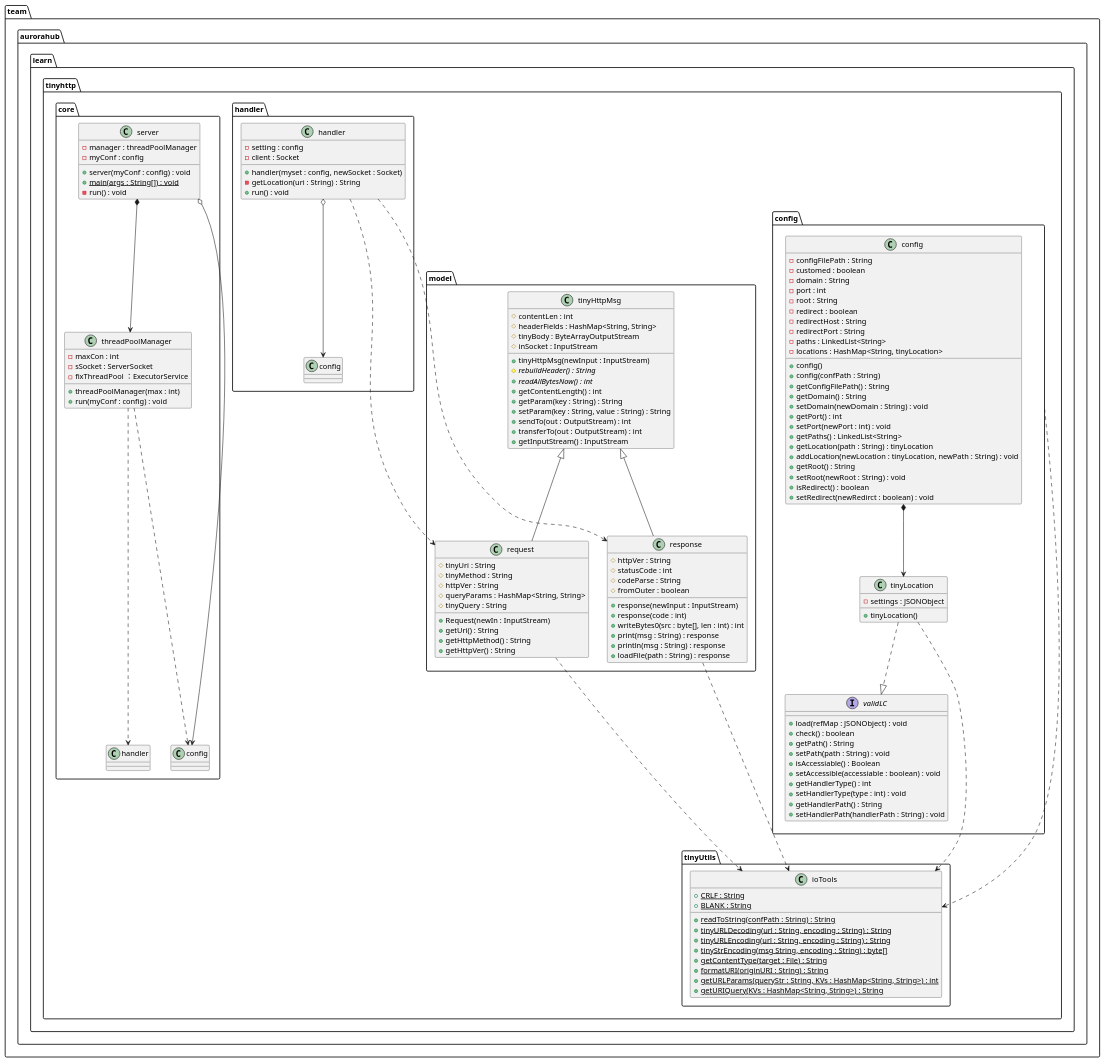
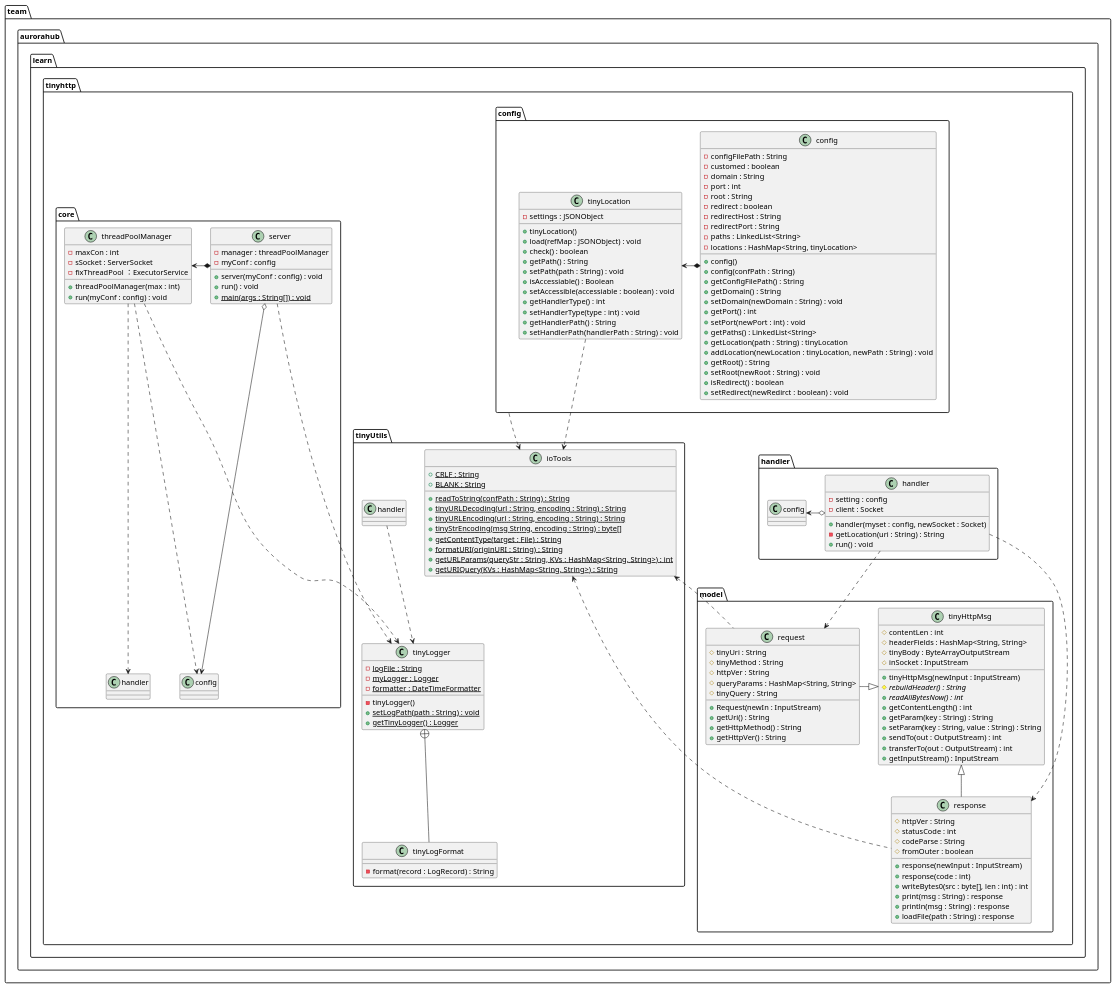
One commit to ChanthMiao/tinyhttp changed the diagram in resources/design.wsd. Above: the diagram before and after it, drawn with PlantUML. The commit also changed 8 other files, not shown here.

```diff
--- a/resources/design.wsd
+++ b/resources/design.wsd
@@ -1,157 +1,171 @@
 @startuml tinyhttp
 package team.aurorahub.learn.tinyhttp{
 
     package team.aurorahub.learn.tinyhttp.config{
-        interface validLC {
+        class tinyLocation {
+            -settings : JSONObject
+            +tinyLocation()
             +load(refMap : JSONObject) : void
             +check() : boolean
             +getPath() : String
             +setPath(path : String) : void
             +isAccessiable() : Boolean
             +setAccessible(accessiable : boolean) : void
             +getHandlerType() : int
             +setHandlerType(type : int) : void
             +getHandlerPath() : String
             +setHandlerPath(handlerPath : String) : void
         }
-
-        class tinyLocation {
-            -settings : JSONObject
-            +tinyLocation()
-        }
-
-        tinyLocation ..|> validLC
 
         class config{
             -configFilePath : String
             -customed : boolean
             -domain : String
             -port : int
             -root : String
             -redirect : boolean
             -redirectHost : String
             -redirectPort : String
             -paths : LinkedList<String>
             -locations : HashMap<String, tinyLocation>
             +config()
             +config(confPath : String)
             +getConfigFilePath() : String
             +getDomain() : String
             +setDomain(newDomain : String) : void
             +getPort() : int
             +setPort(newPort : int) : void
             +getPaths() : LinkedList<String>
             +getLocation(path : String) : tinyLocation
             +addLocation(newLocation : tinyLocation, newPath : String) : void
             +getRoot() : String
             +setRoot(newRoot : String) : void
             +isRedirect() : boolean
             +setRedirect(newRedirct : boolean) : void
         }
 
-        config *--> tinyLocation
+        config *-left-> tinyLocation
     }
 
     package team.aurorahub.learn.tinyhttp.model{
         class tinyHttpMsg{
             #contentLen : int
             #headerFields : HashMap<String, String>
             #tinyBody : ByteArrayOutputStream
             #inSocket : InputStream
             +tinyHttpMsg(newInput : InputStream)
             #{abstract}rebuildHeader() : String
             +{abstract}readAllBytesNow() : int
             +getContentLength() : int
             +getParam(key : String) : String
             +setParam(key : String, value : String) : String
             +sendTo(out : OutputStream) : int
             +transferTo(out : OutputStream) : int
             +getInputStream() : InputStream
         }
 
         class request{
             #tinyUri : String
             #tinyMethod : String
             #httpVer : String
             #queryParams : HashMap<String, String>
             #tinyQuery : String
             +Request(newIn : InputStream)
             +getUri() : String
             +getHttpMethod() : String
             +getHttpVer() : String
         }
 
-        tinyHttpMsg <|-- request
+        tinyHttpMsg <|-left- request
 
         class response{
             #httpVer : String
             #statusCode : int
             #codeParse : String
             #fromOuter : boolean
             +response(newInput : InputStream)
             +response(code : int)
             +writeBytes0(src : byte[], len : int) : int
             +print(msg : String) : response
             +println(msg : String) : response
             +loadFile(path : String) : response
         }
 
         tinyHttpMsg <|-- response
     }
     package team.aurorahub.learn.tinyhttp.handler{
 
         class handler{
             -setting : config
             -client : Socket
             +handler(myset : config, newSocket : Socket)
             -getLocation(uri : String) : String
             +run() : void
         }
 
-        handler o--> config
-        handler ...> request
+        handler o-left-> config
+        handler .right.> request
         handler ...> response
     }
 
     package team.aurorahub.learn.tinyhttp.core{
         class threadPoolManager{
             -maxCon : int
             -sSocket : ServerSocket
             -fixThreadPool ：ExecutorService
             +threadPoolManager(max : int)
             +run(myConf : config) : void
         }
         threadPoolManager ...> config
         threadPoolManager ...> handler
 
         class server{
             -manager : threadPoolManager
             -myConf : config
             +server(myConf : config) : void
+            +run() : void
             +{static}main(args : String[]) : void
-            -run() : void
         }
-        server *--> threadPoolManager
+        server *-right-> threadPoolManager
         server o--> config
     }
 
     package team.aurorahub.learn.tinyhttp.tinyUtils{
         class ioTools{
             +{static}CRLF : String
             +{static}BLANK : String
             +{static}readToString(confPath : String) : String
             +{static}tinyURLDecoding(url : String, encoding : String) : String
             +{static}tinyURLEncoding(url : String, encoding : String) : String
             +{static}tinyStrEncoding(msg String, encoding : String) : byte[]
             +{static}getContentType(target : File) : String
             +{static}formatURI(originURI : String) : String
             +{static}getURLParams(queryStr : String, KVs : HashMap<String, String>) : int
             +{static}getURIQuery(KVs : HashMap<String, String>) : String
         }
+
+        class tinyLogger{
+            -{static}logFile : String
+            -{static}myLogger : Logger
+            -{static}formatter : DateTimeFormatter
+            -tinyLogger()
+            +{static}setLogPath(path : String) : void
+            +{static}getTinyLogger() : Logger
+        }
+
+        handler .down.> tinyLogger
+        server .down.> tinyLogger
+        threadPoolManager ...>tinyLogger
+
+        class tinyLogFormat{
+            -format(record : LogRecord) : String
+        }
+
+        tinyLogger+--tinyLogFormat
     }
-    tinyLocation ...> ioTools
-    config ...> ioTools
-    response ..> ioTools
-    request ...> ioTools
+    tinyLocation .down.> ioTools
+    config .down.> ioTools
+    response .up.> ioTools
+    request .up.> ioTools
 }
 @enduml
```
